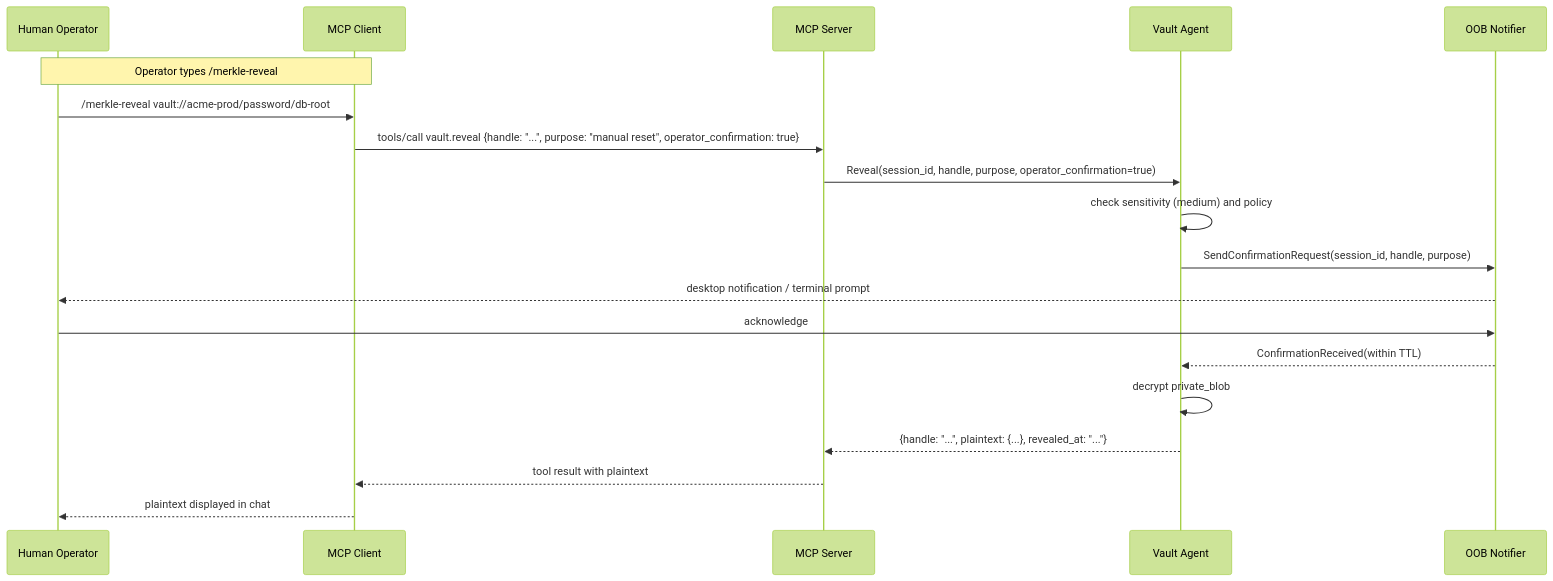
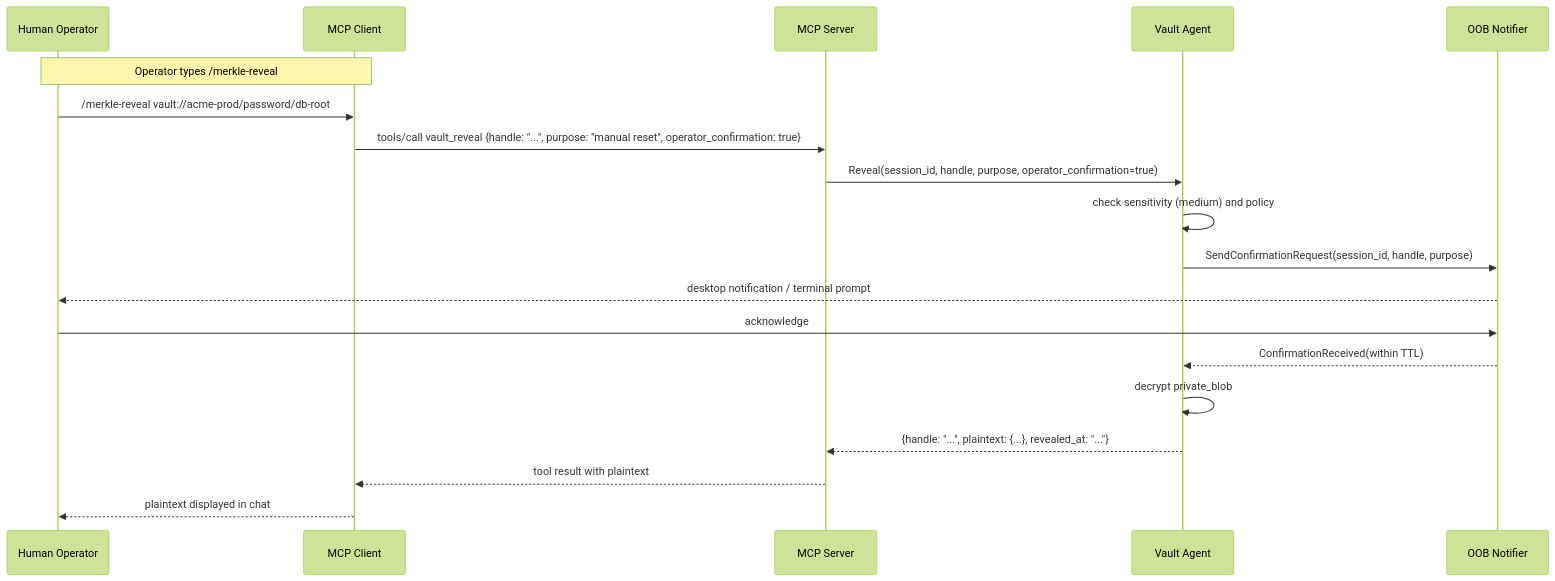
One commit to farchanjo/merkle changed the third of 3 diagrams in docs/arch/integrations/mcp-protocol.md. Above: the diagram before and after it, drawn with Mermaid (forest theme). The commit also changed other lines of this file and 6 other files, not shown here.

````diff
--- a/docs/arch/integrations/mcp-protocol.md
+++ b/docs/arch/integrations/mcp-protocol.md
@@ -976,22 +980,22 @@
 ```mermaid
 sequenceDiagram
     participant Operator as Human Operator
     participant Client as MCP Client
     participant Server as MCP Server
     participant Agent as Vault Agent
     participant OOB as OOB Notifier
 
     Note over Operator,Client: Operator types /merkle-reveal
     Operator->>Client: /merkle-reveal vault://acme-prod/password/db-root
-    Client->>Server: tools/call vault.reveal {handle: "...", purpose: "manual reset", operator_confirmation: true}
+    Client->>Server: tools/call vault_reveal {handle: "...", purpose: "manual reset", operator_confirmation: true}
     Server->>Agent: Reveal(session_id, handle, purpose, operator_confirmation=true)
     Agent->>Agent: check sensitivity (medium) and policy
     Agent->>OOB: SendConfirmationRequest(session_id, handle, purpose)
     OOB-->>Operator: desktop notification / terminal prompt
     Operator->>OOB: acknowledge
     OOB-->>Agent: ConfirmationReceived(within TTL)
     Agent->>Agent: decrypt private_blob
     Agent-->>Server: {handle: "...", plaintext: {...}, revealed_at: "..."}
     Server-->>Client: tool result with plaintext
     Client-->>Operator: plaintext displayed in chat
 ```
````
